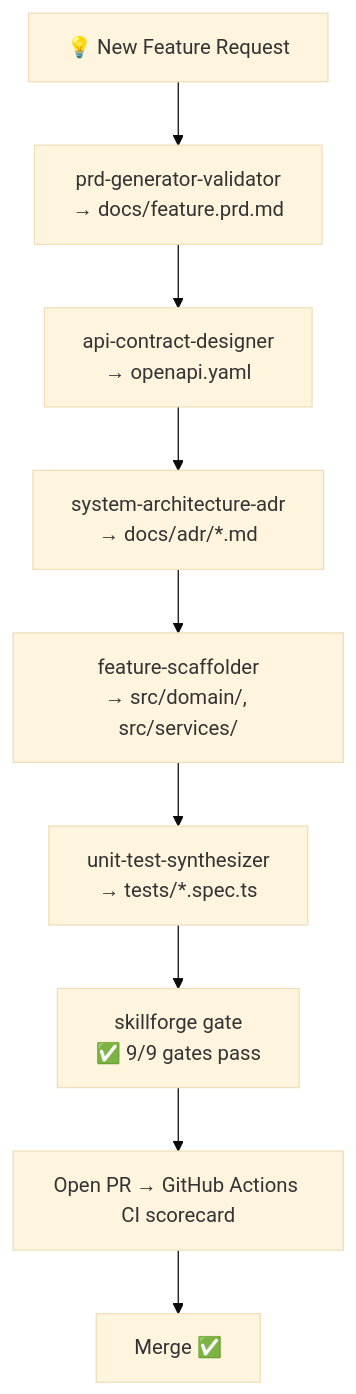
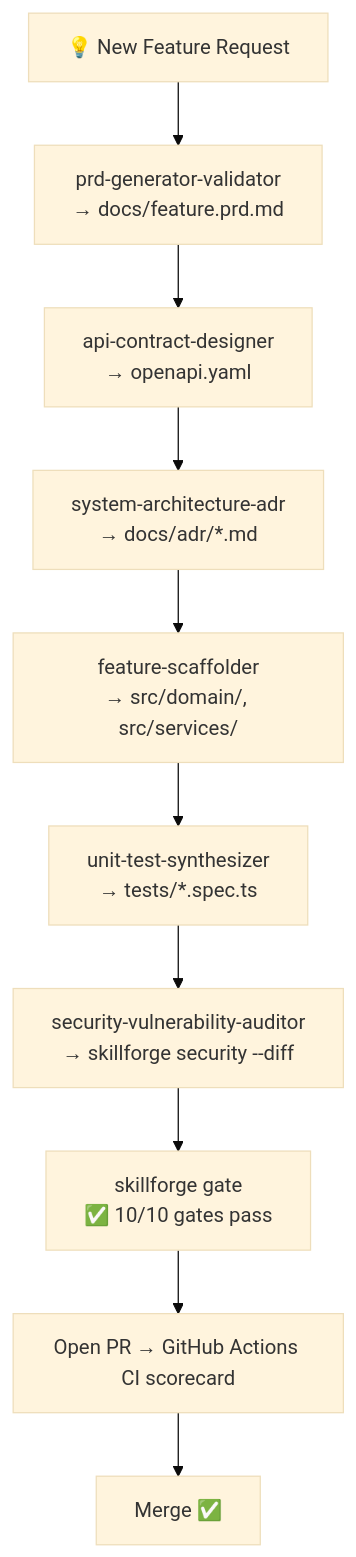
The fourth of 4 diagrams in GETTING-STARTED.md (OpenYantra/SkillForgeAI), drawn with Mermaid (base theme) before and after one commit. The commit also changed other lines of this file and 24 other files, not shown here.

First line of the commit message:
Merge pull request #1 from rishikesh-net/feature-security-vulnerability-auditor

````diff
--- a/GETTING-STARTED.md
+++ b/GETTING-STARTED.md
@@ -555,11 +596,12 @@
 ```mermaid
 flowchart TD
     A["💡 New Feature Request"] --> B["prd-generator-validator\n→ docs/feature.prd.md"]
     B --> C["api-contract-designer\n→ openapi.yaml"]
     C --> D["system-architecture-adr\n→ docs/adr/*.md"]
     D --> E["feature-scaffolder\n→ src/domain/, src/services/"]
     E --> F["unit-test-synthesizer\n→ tests/*.spec.ts"]
-    F --> G["skillforge gate\n✅ 9/9 gates pass"]
+    F --> SEC["security-vulnerability-auditor\n→ skillforge security --diff"]
+    SEC --> G["skillforge gate\n✅ 10/10 gates pass"]
     G --> H["Open PR → GitHub Actions CI scorecard"]
     H --> I["Merge ✅"]
 ```
````
